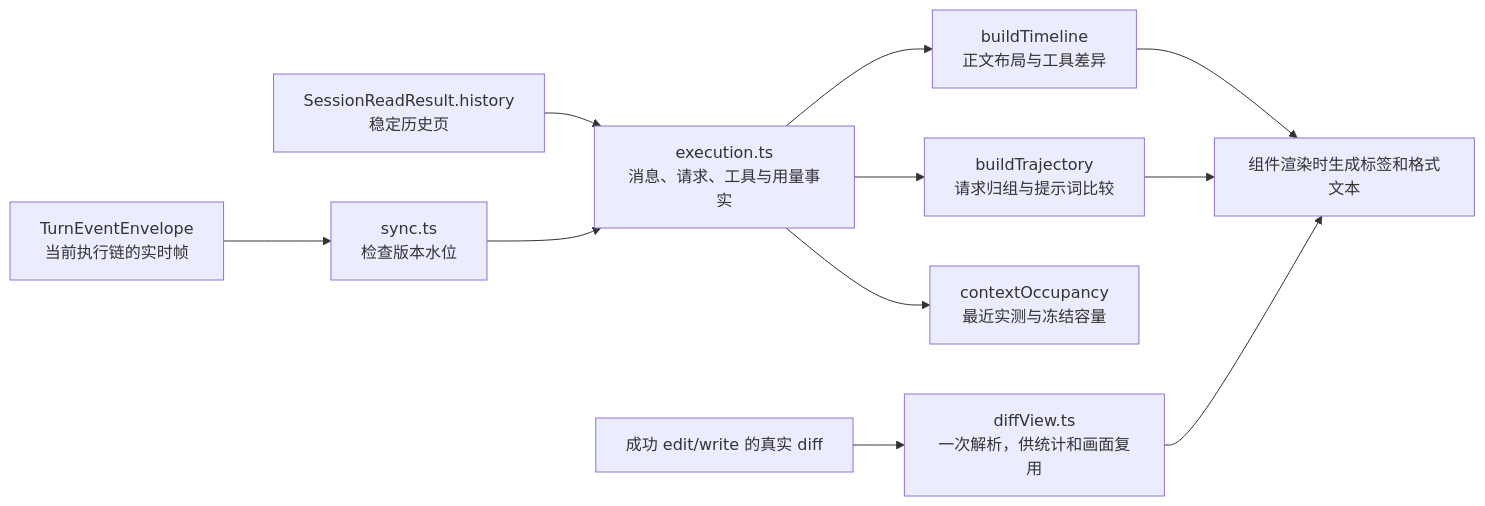
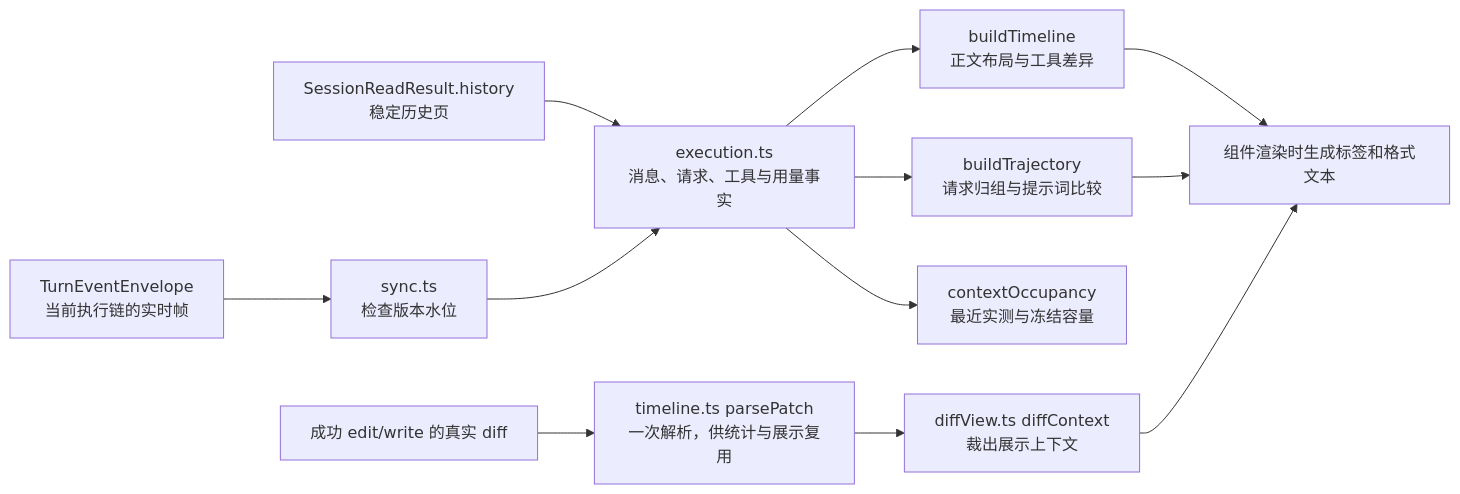
Before and after one commit to qjcnmd/singularity-agent: the eighth of 29 diagrams in docs/singularity.md, drawn with Mermaid. The commit also changed other lines of this file and 10 other files, not shown here.

````diff
--- a/docs/singularity.md
+++ b/docs/singularity.md
@@ -214,13 +214,14 @@
 ```mermaid
 flowchart LR
     Baseline["SessionReadResult.history<br/>稳定历史页"] --> Facts["execution.ts<br/>消息、请求、工具与用量事实"]
     Frames["TurnEventEnvelope<br/>当前执行链的实时帧"] --> Sync["sync.ts<br/>检查版本水位"]
     Sync --> Facts
     Facts --> Timeline["buildTimeline<br/>正文布局与工具差异"]
     Facts --> Trace["buildTrajectory<br/>请求归组与提示词比较"]
     Facts --> Usage["contextOccupancy<br/>最近实测与冻结容量"]
     Timeline --> Render["组件渲染时生成标签和格式文本"]
     Trace --> Render
-    ToolResult["成功 edit/write 的真实 diff"] --> Diff["diffView.ts<br/>一次解析，供统计和画面复用"]
-    Diff --> Render
+    ToolResult["成功 edit/write 的真实 diff"] --> Diff["timeline.ts parsePatch<br/>一次解析，供统计与展示复用"]
+    Diff --> DiffContext["diffView.ts diffContext<br/>裁出展示上下文"]
+    DiffContext --> Render
 ```
````
